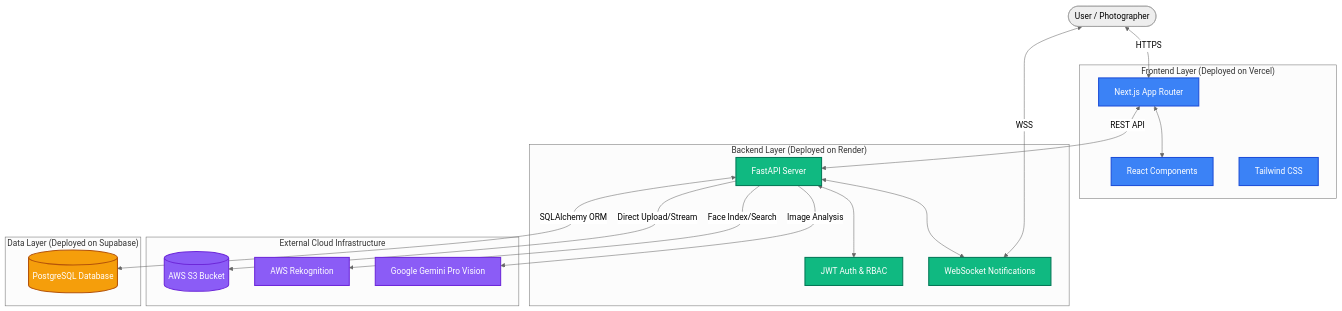
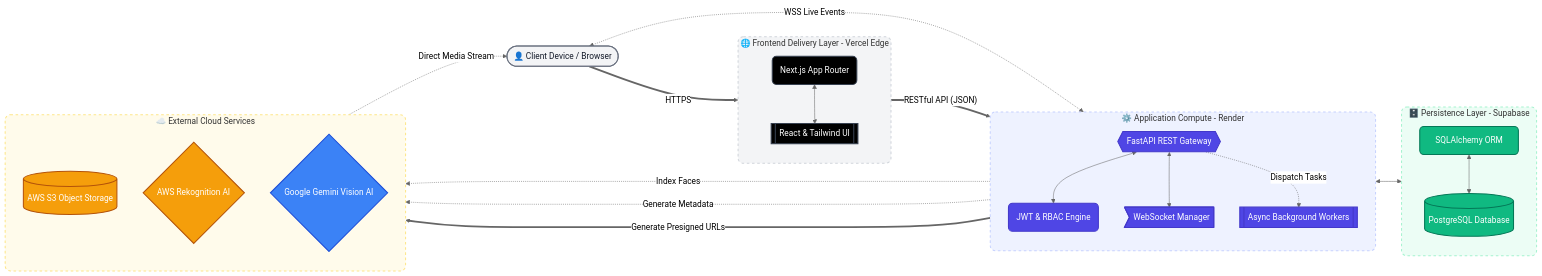
Before and after one commit to divyansh070/cig_project_dev: the diagram in architecture.md, drawn with Mermaid (neutral theme). The commit also changed other lines of this file, not shown here.

Commit message:
docs: Refactor architecture diagram for a more professional, branded appearance

````diff
--- a/architecture.md
+++ b/architecture.md
@@ -7,56 +7,78 @@
 ```mermaid
-graph TD
-    %% User Interfaces
-    User([User / Photographer])
-    
-    %% Frontend Layer
-    subgraph "Frontend Layer (Deployed on Vercel)"
-        NextJS[Next.js App Router]
-        React[React Components]
-        Tailwind[Tailwind CSS]
-        NextJS <--> React
+graph LR
+    %% Actors
+    Client([👤 Client Device / Browser])
+
+    %% Frontend Subsystem
+    subgraph Frontend [🌐 Frontend Delivery Layer - Vercel Edge]
+        direction TB
+        NextApp(Next.js App Router)
+        ReactUI[[React & Tailwind UI]]
+        NextApp <--> ReactUI
     end
 
-    %% Backend Layer
-    subgraph "Backend Layer (Deployed on Render)"
-        FastAPI[FastAPI Server]
-        Auth[JWT Auth & RBAC]
-        WebSockets[WebSocket Notifications]
-        FastAPI <--> Auth
-        FastAPI <--> WebSockets
+    %% Backend Subsystem
+    subgraph Backend [⚙️ Application Compute - Render]
+        direction TB
+        API{{FastAPI REST Gateway}}
+        Auth(JWT & RBAC Engine)
+        WSS>WebSocket Manager]
+        Workers[[Async Background Workers]]
+        
+        API <--> Auth
+        API <--> WSS
+        API -. "Dispatch Tasks" .-> Workers
+    end
+
+    %% Database Subsystem
+    subgraph Data [🗄️ Persistence Layer - Supabase]
+        direction TB
+        Supabase[(PostgreSQL Database)]
+        ORM[SQLAlchemy ORM]
+        ORM <--> Supabase
     end
 
     %% Cloud Services
-    subgraph "External Cloud Infrastructure"
-        S3[(AWS S3 Bucket)]
-        Rekognition[AWS Rekognition]
-        Gemini[Google Gemini Pro Vision]
+    subgraph Cloud [☁️ External Cloud Services]
+        direction TB
+        S3[(AWS S3 Object Storage)]
+        Rekognition{AWS Rekognition AI}
+        Gemini{Google Gemini Vision AI}
     end
 
-    %% Database Layer
-    subgraph "Data Layer (Deployed on Supabase)"
-        DB[(PostgreSQL Database)]
-    end
+    %% Data Flow & Interactions
+    Client == "HTTPS" ==> NextApp
+    Client <-. "WSS Live Events" .-> WSS
+    NextApp == "RESTful API (JSON)" ==> API
+    
+    API <--> ORM
+    
+    Workers -. "Index Faces" .-> Rekognition
+    Workers -. "Generate Metadata" .-> Gemini
+    
+    API == "Generate Presigned URLs" ==> S3
+    S3 -. "Direct Media Stream" .-> Client
 
-    %% Connections
-    User <-->|HTTPS| NextJS
-    User <-->|WSS| WebSockets
-    NextJS <-->|REST API| FastAPI
+    %% Custom Brand Styling
+    classDef default fill:#f9fafb,stroke:#d1d5db,stroke-width:1px,color:#1f2937,rx:5px,ry:5px;
+    classDef actor fill:#f3f4f6,stroke:#6b7280,stroke-width:2px,color:#111827;
+    classDef vercel fill:#000000,stroke:#374151,stroke-width:2px,color:#ffffff,rx:8px,ry:8px;
+    classDef render fill:#4f46e5,stroke:#4338ca,stroke-width:2px,color:#ffffff,rx:8px,ry:8px;
+    classDef supabase fill:#10b981,stroke:#047857,stroke-width:2px,color:#ffffff,rx:8px,ry:8px;
+    classDef aws fill:#f59e0b,stroke:#b45309,stroke-width:2px,color:#ffffff,rx:8px,ry:8px;
+    classDef google fill:#3b82f6,stroke:#1d4ed8,stroke-width:2px,color:#ffffff,rx:8px,ry:8px;
     
-    FastAPI <-->|SQLAlchemy ORM| DB
+    %% Assign Classes
+    class Client actor;
+    class NextApp,ReactUI vercel;
+    class API,Auth,WSS,Workers render;
+    class Supabase,ORM supabase;
+    class S3,Rekognition aws;
+    class Gemini google;
     
-    FastAPI -->|Direct Upload/Stream| S3
-    FastAPI -->|Face Index/Search| Rekognition
-    FastAPI -->|Image Analysis| Gemini
-    
-    %% Styling
-    classDef client fill:#3b82f6,stroke:#1d4ed8,stroke-width:2px,color:white;
-    classDef server fill:#10b981,stroke:#047857,stroke-width:2px,color:white;
-    classDef database fill:#f59e0b,stroke:#b45309,stroke-width:2px,color:white;
-    classDef cloud fill:#8b5cf6,stroke:#6d28d9,stroke-width:2px,color:white;
-    
-    class NextJS,React,Tailwind client;
-    class FastAPI,Auth,WebSockets server;
-    class DB database;
-    class S3,Rekognition,Gemini cloud;
+    %% Subgraph Styling
+    style Frontend fill:#f3f4f6,stroke:#d1d5db,stroke-width:2px,stroke-dasharray: 5 5,rx:10px,ry:10px;
+    style Backend fill:#eef2ff,stroke:#c7d2fe,stroke-width:2px,stroke-dasharray: 5 5,rx:10px,ry:10px;
+    style Data fill:#ecfdf5,stroke:#a7f3d0,stroke-width:2px,stroke-dasharray: 5 5,rx:10px,ry:10px;
+    style Cloud fill:#fffbeb,stroke:#fde68a,stroke-width:2px,stroke-dasharray: 5 5,rx:10px,ry:10px;
 ```
````
